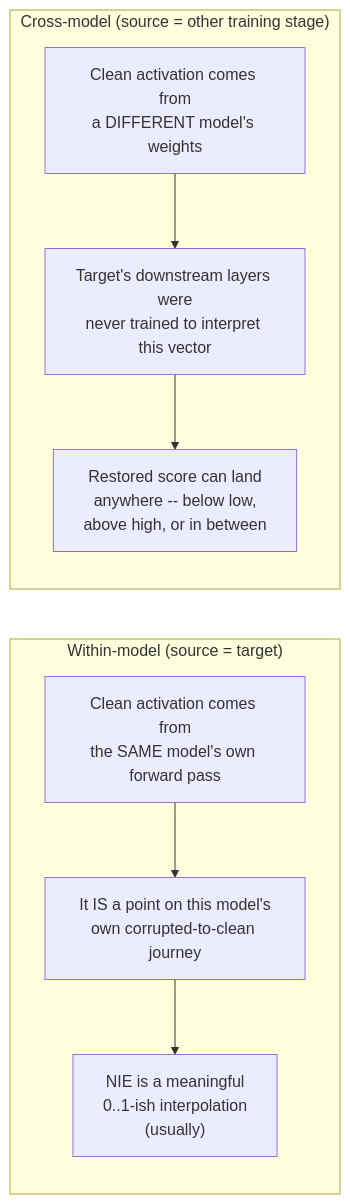
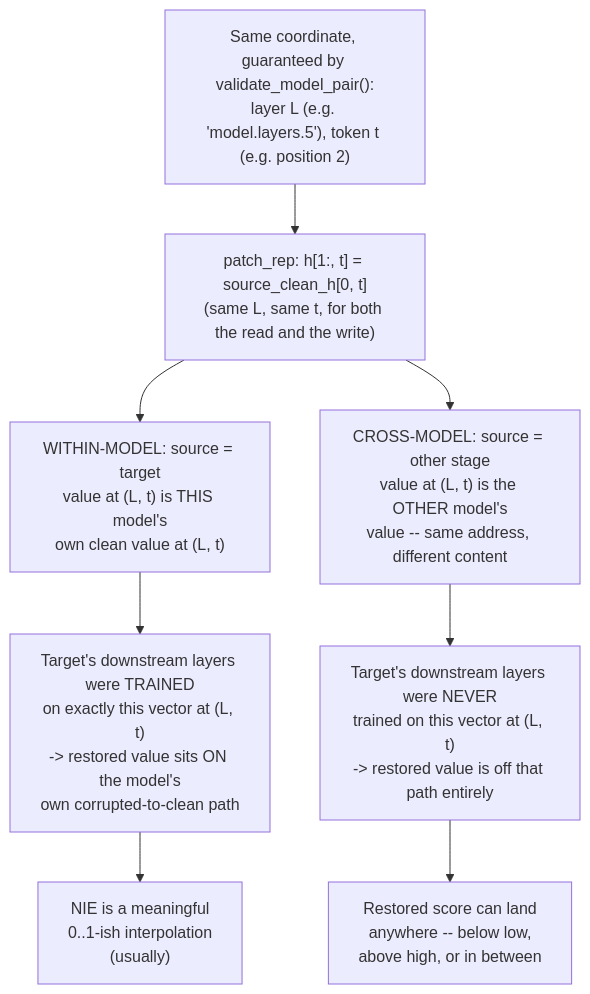
Before and after one commit to aaryanguptakkr/BiasEdit: the second of 2 diagrams in bias_tracing/PIPELINE_STATE.md, drawn with Mermaid. The commit also changed other lines of this file, not shown here.

First line of the commit message:
Clarify in PIPELINE_STATE.md: coordinate is exact, only content differs

````diff
--- a/bias_tracing/PIPELINE_STATE.md
+++ b/bias_tracing/PIPELINE_STATE.md
@@ -150,13 +170,11 @@
 ```mermaid
-flowchart LR
-    subgraph W["Within-model (source = target)"]
-        direction TB
-        W1["Clean activation comes from\nthe SAME model's own forward pass"] --> W2["It IS a point on this model's\nown corrupted-to-clean journey"]
-        W2 --> W3["NIE is a meaningful\n0..1-ish interpolation\n(usually)"]
-    end
-    subgraph X["Cross-model (source = other training stage)"]
-        direction TB
-        X1["Clean activation comes from\na DIFFERENT model's weights"] --> X2["Target's downstream layers were\nnever trained to interpret this vector"]
-        X2 --> X3["Restored score can land\nanywhere -- below low,\nabove high, or in between"]
-    end
+flowchart TD
+    C0["Same coordinate, guaranteed by validate_model_pair():\nlayer L (e.g. 'model.layers.5'), token t (e.g. position 2)"]
+    C0 --> C1["patch_rep: h[1:, t] = source_clean_h[0, t]\n(same L, same t, for both the read and the write)"]
+    C1 --> W1["WITHIN-MODEL: source = target\nvalue at (L, t) is THIS model's\nown clean value at (L, t)"]
+    C1 --> X1["CROSS-MODEL: source = other stage\nvalue at (L, t) is the OTHER model's\nvalue -- same address, different content"]
+    W1 --> W2["Target's downstream layers were TRAINED\non exactly this vector at (L, t)\n-> restored value sits ON the model's\nown corrupted-to-clean path"]
+    X1 --> X2["Target's downstream layers were NEVER\ntrained on this vector at (L, t)\n-> restored value is off that path entirely"]
+    W2 --> W3["NIE is a meaningful\n0..1-ish interpolation\n(usually)"]
+    X2 --> X3["Restored score can land\nanywhere -- below low,\nabove high, or in between"]
 ```
````
